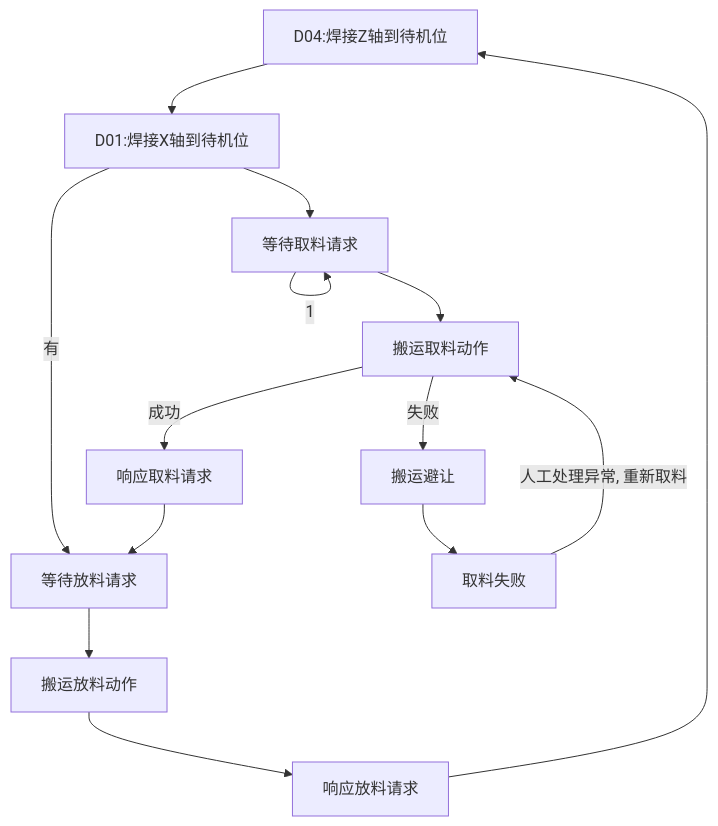
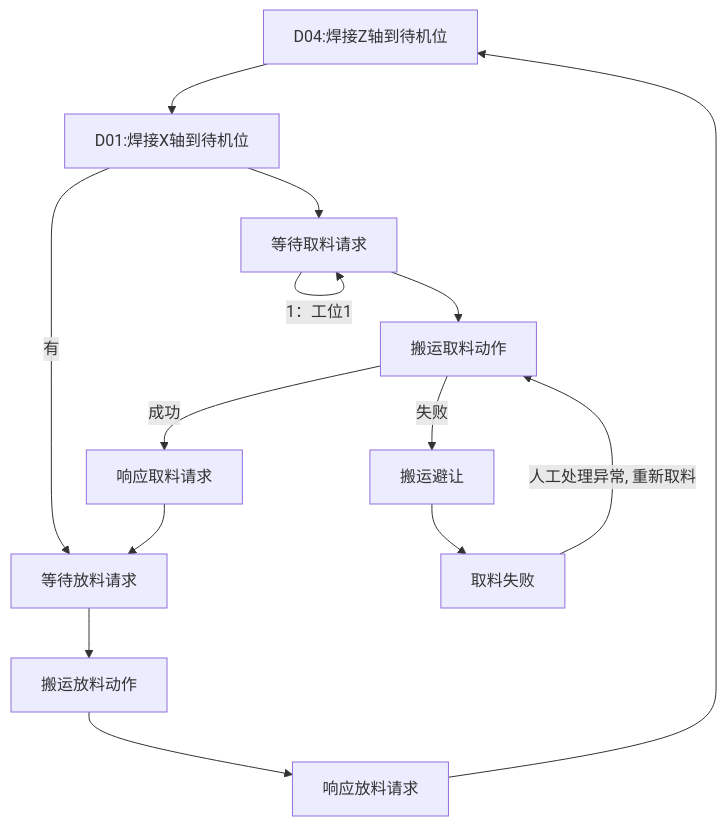
The diagram in all/OP10焊接工位自动流程.md (PengKun1/iodraw-files), drawn with Mermaid before and after one commit.

Commit message:
2024-08-06 16:53:20 update

````diff
--- a/all/OP10焊接工位自动流程.md
+++ b/all/OP10焊接工位自动流程.md
@@ -1,19 +1,19 @@
 ```mermaid
 graph TD
 10[D04:焊接Z轴到待机位]-->20
 20[D01:焊接X轴到待机位]-->30
-30{等待请求焊接信号}-->|1|30
+30{等待请求焊接信号}-->|1：工位1|30
 
 20-->|有|60
 30[等待取料请求]-->40
 40[搬运取料动作]-->|成功|50
 40-->|失败|90
 50[响应取料请求]-->60
 60[等待放料请求]-->70
 70[搬运放料动作]-->80
 80[响应放料请求]-->10
 
 90[搬运避让]-->900
 
 900[取料失败]-->|人工处理异常, 重新取料|40
 ```
````
